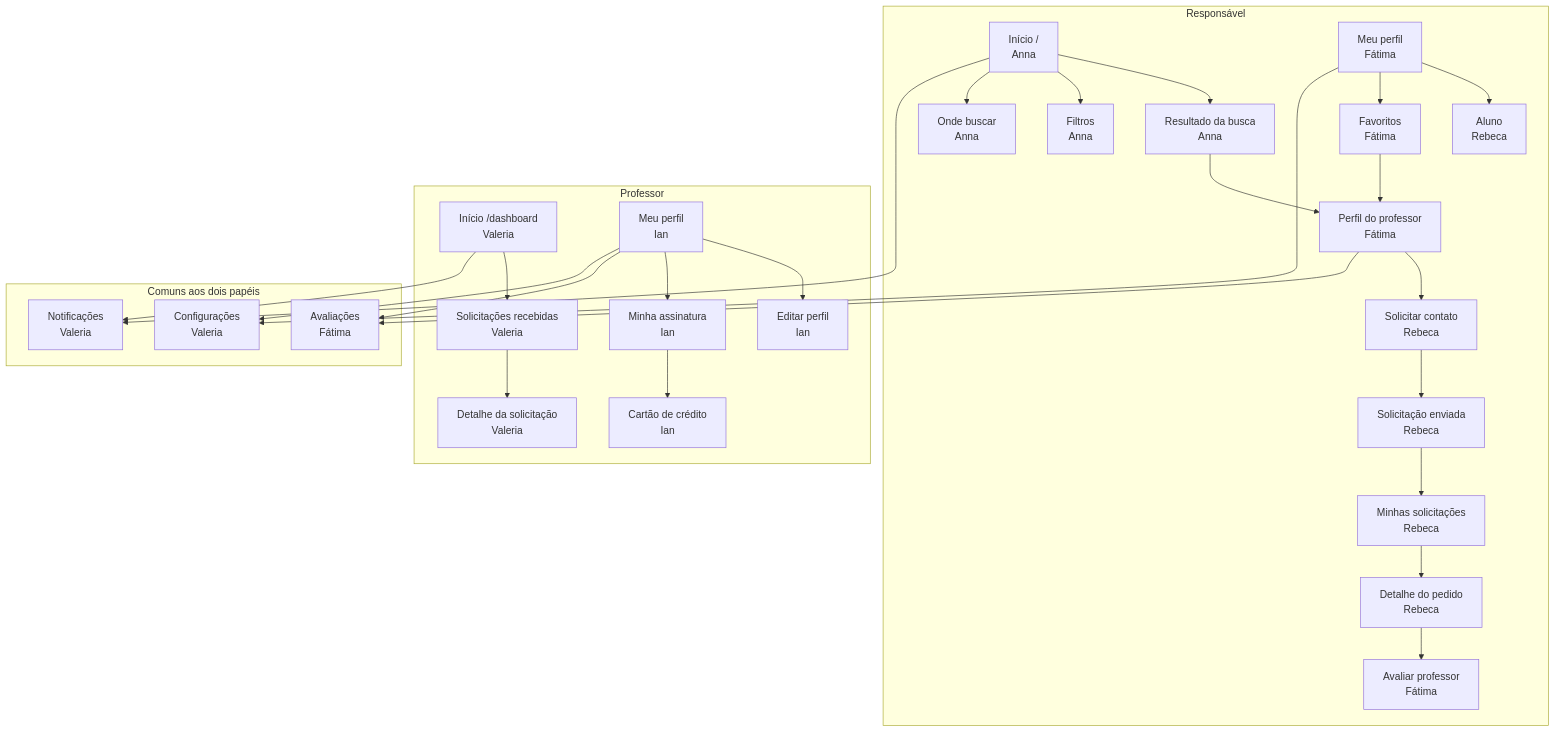
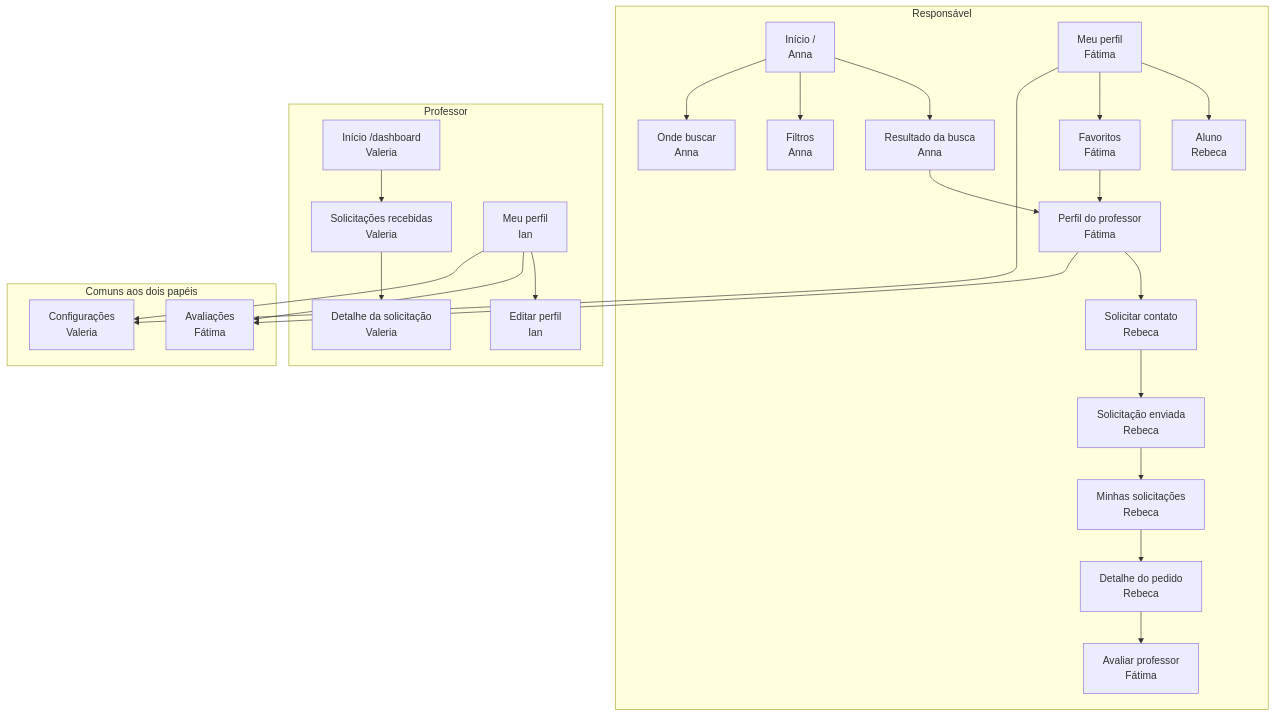
Before and after one commit to IanSalomao/MobileApp.Destrava: the second of 2 diagrams in README.md, drawn with Mermaid. The commit also changed other lines of this file, not shown here.

````diff
--- a/README.md
+++ b/README.md
@@ -371,43 +370,38 @@
 ```mermaid
 flowchart TD
     subgraph R[Responsável]
         home["Início /<br/>Anna"]
         search["Resultado da busca<br/>Anna"]
         filters["Filtros<br/>Anna"]
         location["Onde buscar<br/>Anna"]
         teacher["Perfil do professor<br/>Fátima"]
         write["Avaliar professor<br/>Fátima"]
         account["Meu perfil<br/>Fátima"]
         fav["Favoritos<br/>Fátima"]
         contact["Solicitar contato<br/>Rebeca"]
         sent["Solicitação enviada<br/>Rebeca"]
         myreq["Minhas solicitações<br/>Rebeca"]
         detail["Detalhe do pedido<br/>Rebeca"]
         student["Aluno<br/>Rebeca"]
     end
     subgraph P[Professor]
         dash["Início /dashboard<br/>Valeria"]
         recv["Solicitações recebidas<br/>Valeria"]
         rdetail["Detalhe da solicitação<br/>Valeria"]
         taccount["Meu perfil<br/>Ian"]
         edit["Editar perfil<br/>Ian"]
-        sub["Minha assinatura<br/>Ian"]
-        card["Cartão de crédito<br/>Ian"]
     end
     subgraph C[Comuns aos dois papéis]
-        notif["Notificações<br/>Valeria"]
         settings["Configurações<br/>Valeria"]
         reviews["Avaliações<br/>Fátima"]
     end
     home --> search & filters & location
     search --> teacher
     teacher --> contact --> sent --> myreq --> detail
     teacher --> reviews
     detail --> write
     account --> student & fav & settings
     fav --> teacher
     dash --> recv --> rdetail
-    taccount --> edit & sub & reviews & settings
-    sub --> card
-    home & dash --> notif
+    taccount --> edit & reviews & settings
 ```
````
